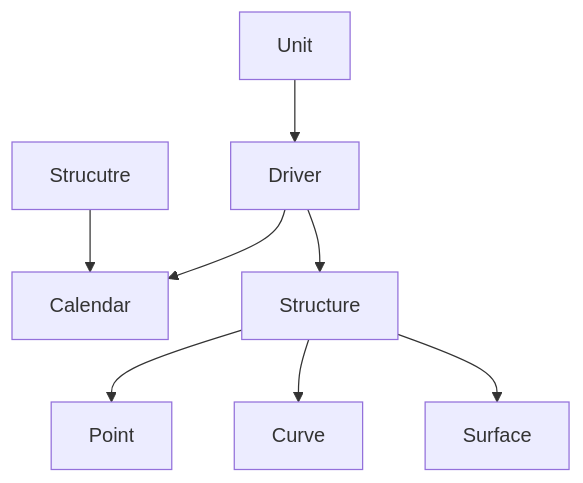
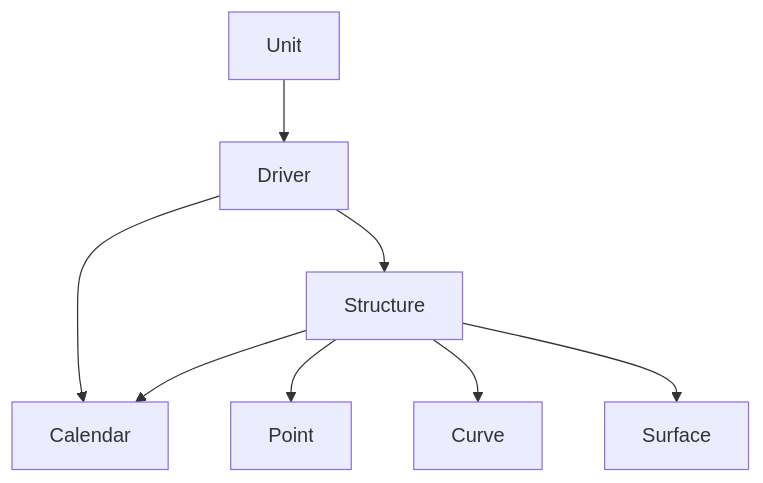
Before and after one commit to tristanvandevelde/finstruct: the diagram in README.md, drawn with Mermaid.

````diff
--- a/README.md
+++ b/README.md
@@ -26,10 +26,10 @@
 ```mermaid
 graph TD;
     Unit-->Driver;
     Driver-->Calendar;
     Driver-->Structure;
-    Strucutre-->Calendar;
+    Structure-->Calendar;
     Structure-->Point;
     Structure-->Curve;
     Structure-->Surface;
 ```
````
